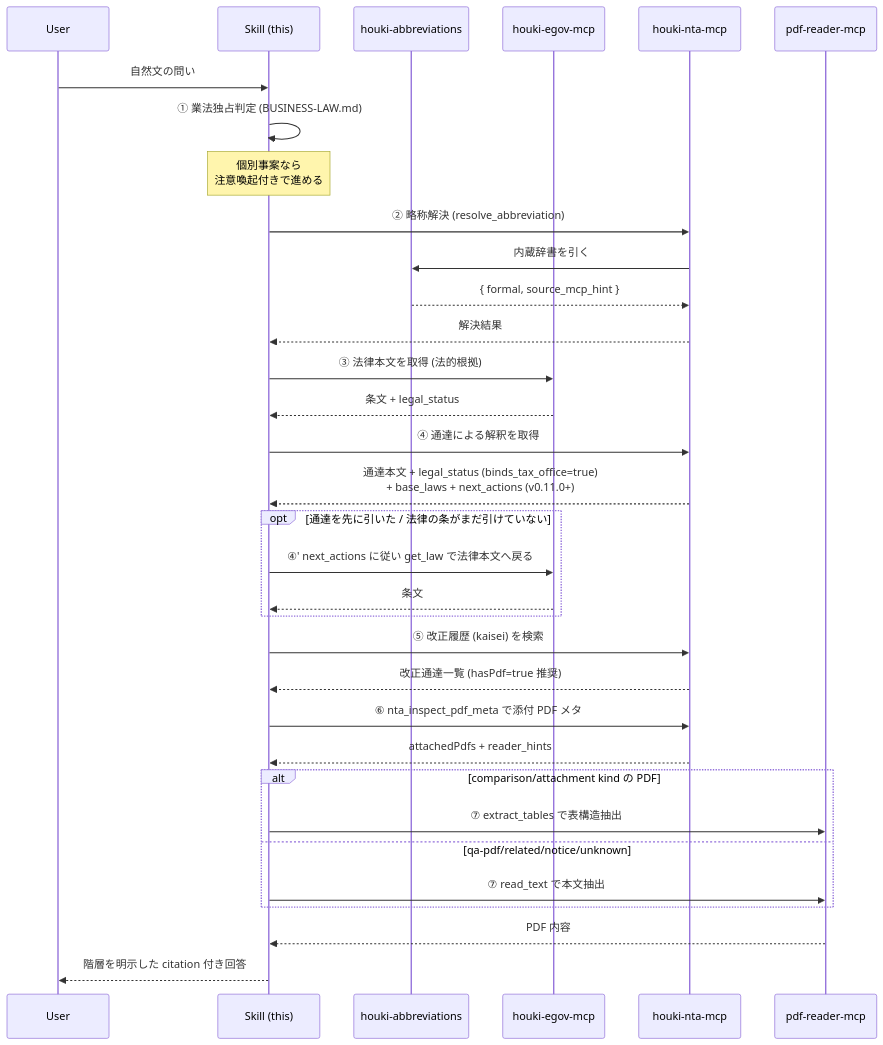
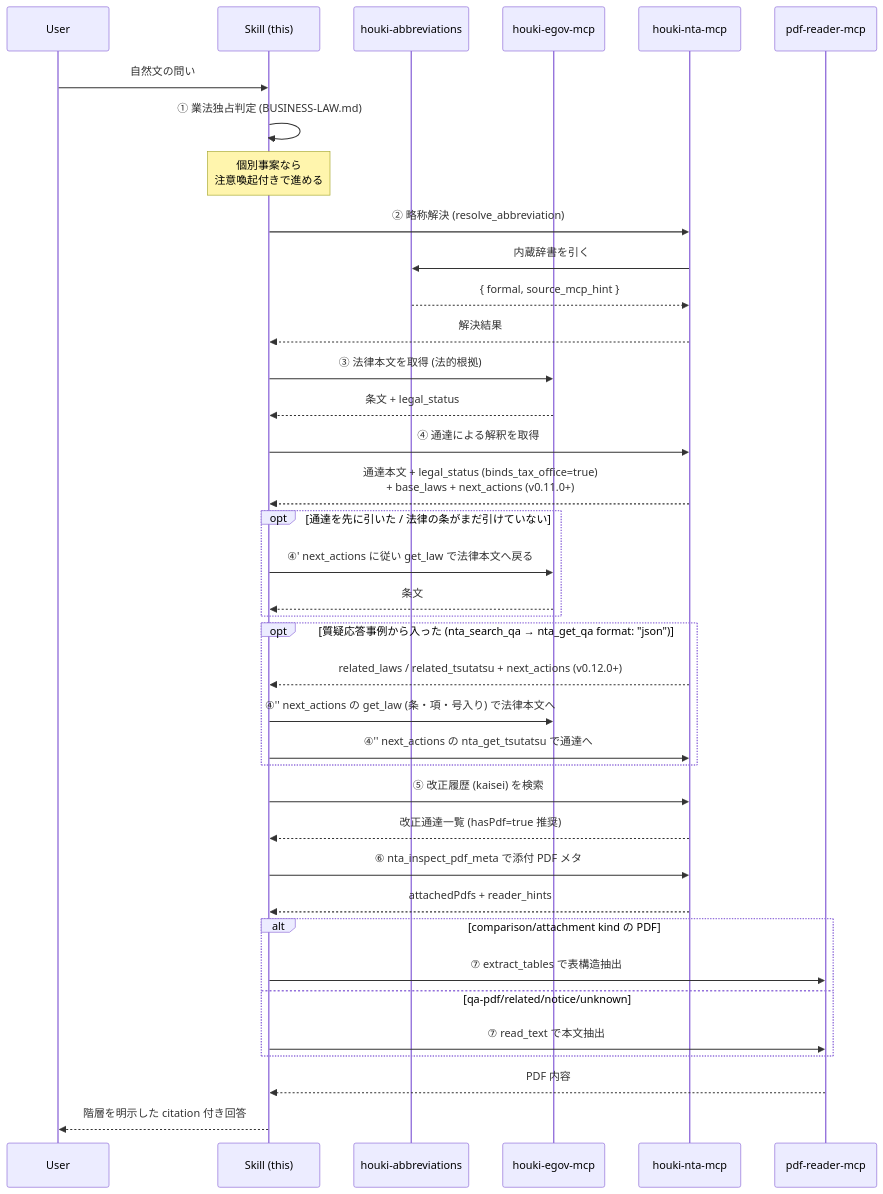
One commit to shuji-bonji/houki-research-skill changed the first of 2 diagrams in skills/houki-research/workflows/tax-research.md. Above: the diagram before and after it, drawn with Mermaid. The commit also changed other lines of this file and 8 other files, not shown here.

First line of the commit message:
feat: 質疑応答事例から next_actions で法律本文と通達へ戻る手順と、検索の DOC_NOT_FOUND の扱いを追加 (v0.5.0)

````diff
--- a/skills/houki-research/workflows/tax-research.md
+++ b/skills/houki-research/workflows/tax-research.md
@@ -18,43 +18,49 @@
 ```mermaid
 sequenceDiagram
     participant U as User
     participant S as Skill (this)
     participant A as houki-abbreviations
     participant E as houki-egov-mcp
     participant N as houki-nta-mcp
     participant P as pdf-reader-mcp
 
     U->>S: 自然文の問い
     S->>S: ① 業法独占判定 (BUSINESS-LAW.md)
     Note over S: 個別事案なら<br/>注意喚起付きで進める
 
     S->>N: ② 略称解決 (resolve_abbreviation)
     N->>A: 内蔵辞書を引く
     A-->>N: { formal, source_mcp_hint }
     N-->>S: 解決結果
 
     S->>E: ③ 法律本文を取得 (法的根拠)
     E-->>S: 条文 + legal_status
 
     S->>N: ④ 通達による解釈を取得
     N-->>S: 通達本文 + legal_status (binds_tax_office=true)<br/>+ base_laws + next_actions (v0.11.0+)
     opt 通達を先に引いた / 法律の条がまだ引けていない
         S->>E: ④' next_actions に従い get_law で法律本文へ戻る
         E-->>S: 条文
     end
 
+    opt 質疑応答事例から入った (nta_search_qa → nta_get_qa format: "json")
+        N-->>S: related_laws / related_tsutatsu + next_actions (v0.12.0+)
+        S->>E: ④'' next_actions の get_law (条・項・号入り) で法律本文へ
+        S->>N: ④'' next_actions の nta_get_tsutatsu で通達へ
+    end
+
     S->>N: ⑤ 改正履歴 (kaisei) を検索
     N-->>S: 改正通達一覧 (hasPdf=true 推奨)
 
     S->>N: ⑥ nta_inspect_pdf_meta で添付 PDF メタ
     N-->>S: attachedPdfs + reader_hints
 
     alt comparison/attachment kind の PDF
         S->>P: ⑦ extract_tables で表構造抽出
     else qa-pdf/related/notice/unknown
         S->>P: ⑦ read_text で本文抽出
     end
     P-->>S: PDF 内容
 
     S-->>U: 階層を明示した citation 付き回答
 ```
````
